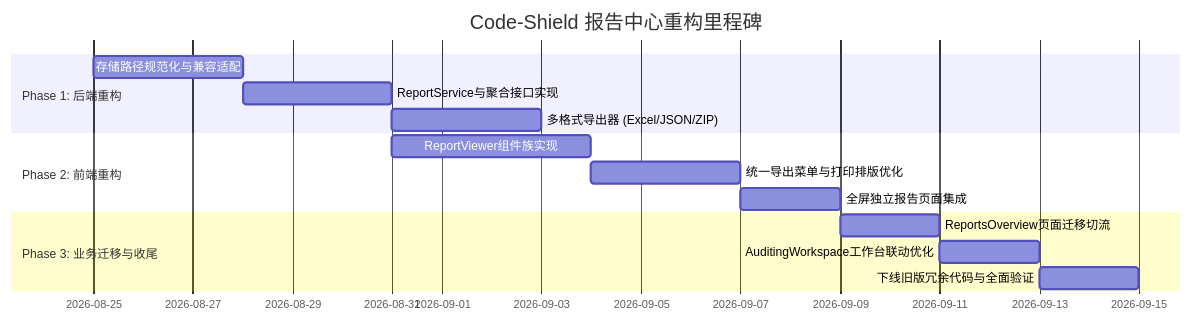
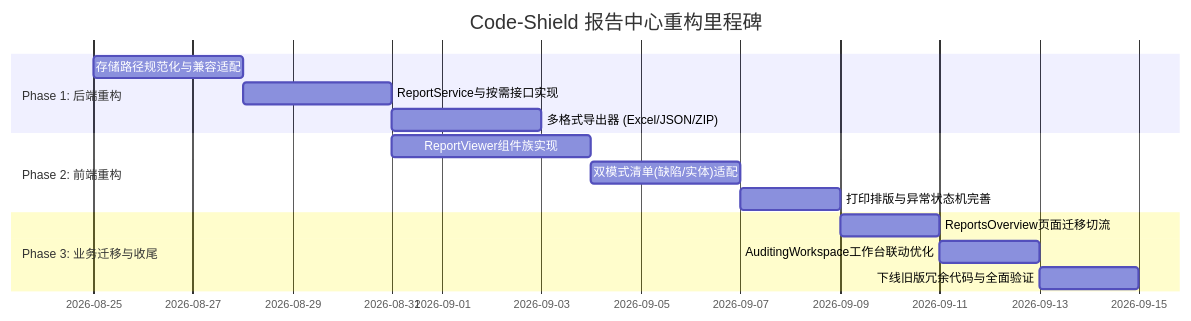
The sixth of 6 diagrams in docs/TASK_REPORT_REFACTOR_DESIGN.md (fugui/code-shield), drawn with Mermaid before and after one commit. The commit also changed other lines of this file and 1 other file, not shown here.

````diff
--- a/docs/TASK_REPORT_REFACTOR_DESIGN.md
+++ b/docs/TASK_REPORT_REFACTOR_DESIGN.md
@@ -416,17 +394,17 @@
 ```mermaid
 gantt
     title Code-Shield 报告中心重构里程碑
     dateFormat  YYYY-MM-DD
     section Phase 1: 后端重构
     存储路径规范化与兼容适配        :a1, 2026-08-25, 3d
-    ReportService与聚合接口实现     :a2, after a1, 3d
+    ReportService与按需接口实现     :a2, after a1, 3d
     多格式导出器 (Excel/JSON/ZIP)   :a3, after a2, 3d
     section Phase 2: 前端重构
     ReportViewer组件族实现         :b1, after a2, 4d
-    统一导出菜单与打印排版优化       :b2, after b1, 3d
-    全屏独立报告页面集成           :b3, after b2, 2d
+    双模式清单(缺陷/实体)适配       :b2, after b1, 3d
+    打印排版与异常状态机完善        :b3, after b2, 2d
     section Phase 3: 业务迁移与收尾
     ReportsOverview页面迁移切流    :c1, after b3, 2d
     AuditingWorkspace工作台联动优化 :c2, after c1, 2d
     下线旧版冗余代码与全面验证       :c3, after c2, 2d
 ```
````
